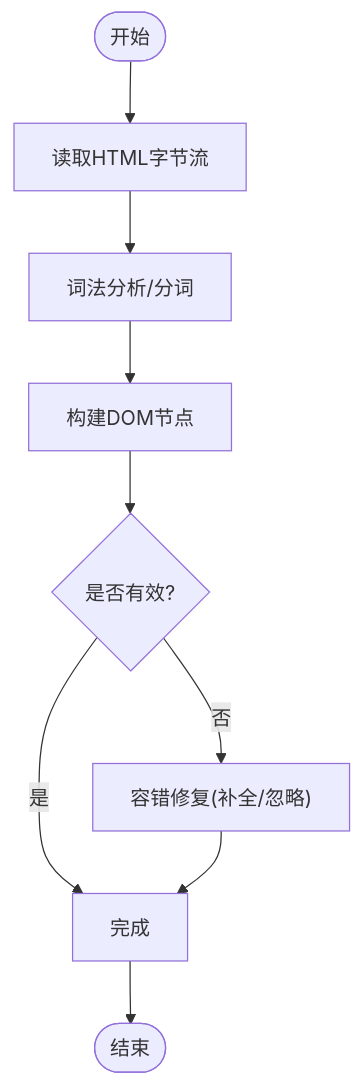
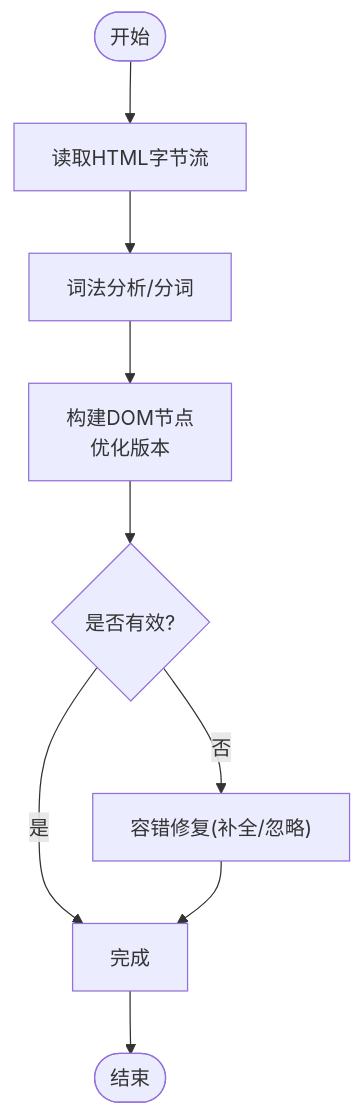
One commit to ZhangGHGitHub/LegadoTeamFlutter changed the third of 6 diagrams in .qoder/repowiki/zh/content/Rust核心库/解析引擎/HTML解析器.md. Above: the diagram before and after it, drawn with Mermaid. The commit also changed other lines of this file and 66 other files, not shown here.

````diff
--- a/.qoder/repowiki/zh/content/Rust核心库/解析引擎/HTML解析器.md
+++ b/.qoder/repowiki/zh/content/Rust核心库/解析引擎/HTML解析器.md
@@ -128,11 +144,11 @@
 ```mermaid
 flowchart TD
 Start(["开始"]) --> Read["读取HTML字节流"]
 Read --> Tokenize["词法分析/分词"]
-Tokenize --> Build["构建DOM节点"]
+Tokenize --> Build["构建DOM节点<br/>优化版本"]
 Build --> Validate{"是否有效?"}
 Validate --> |否| Fix["容错修复(补全/忽略)"]
 Validate --> |是| Done["完成"]
 Fix --> Done
 Done --> End(["结束"])
 ```
````
